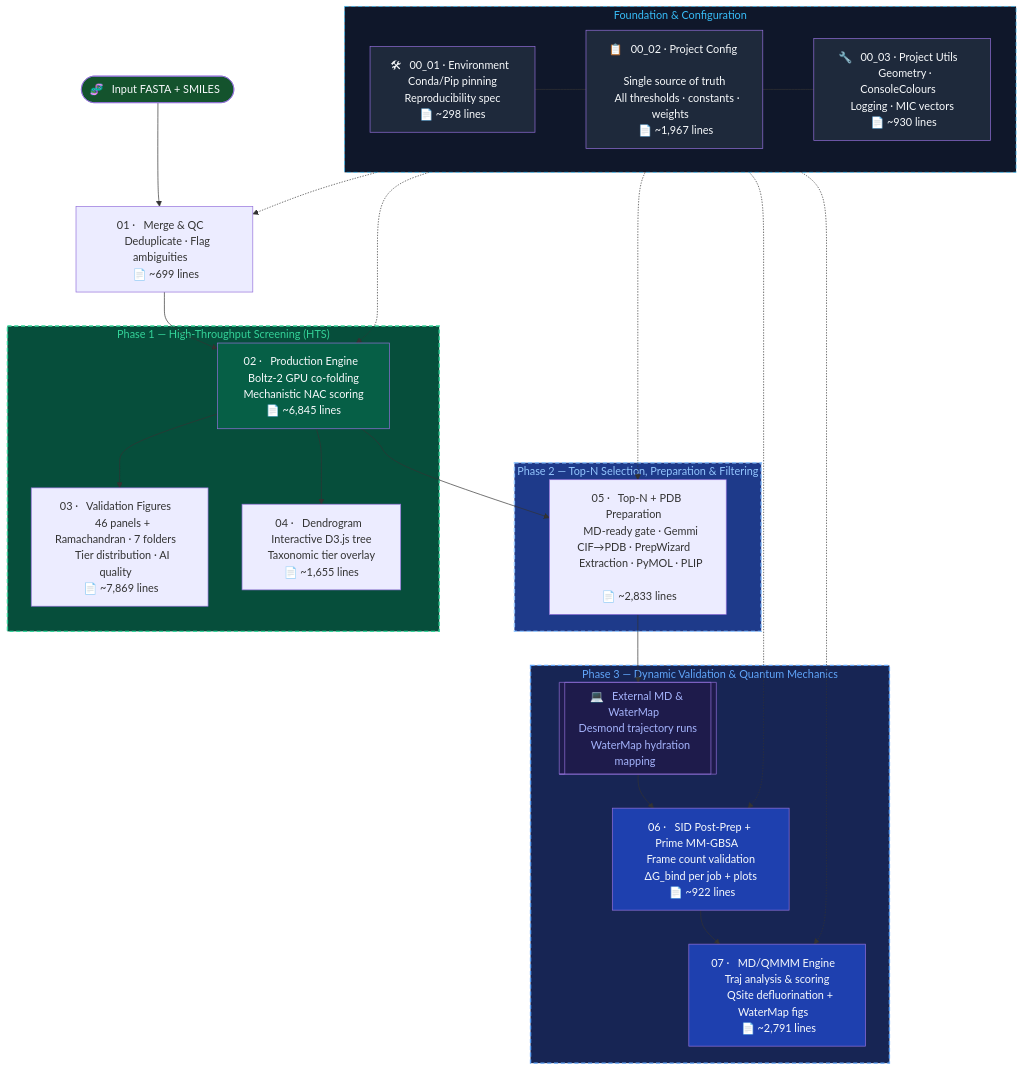
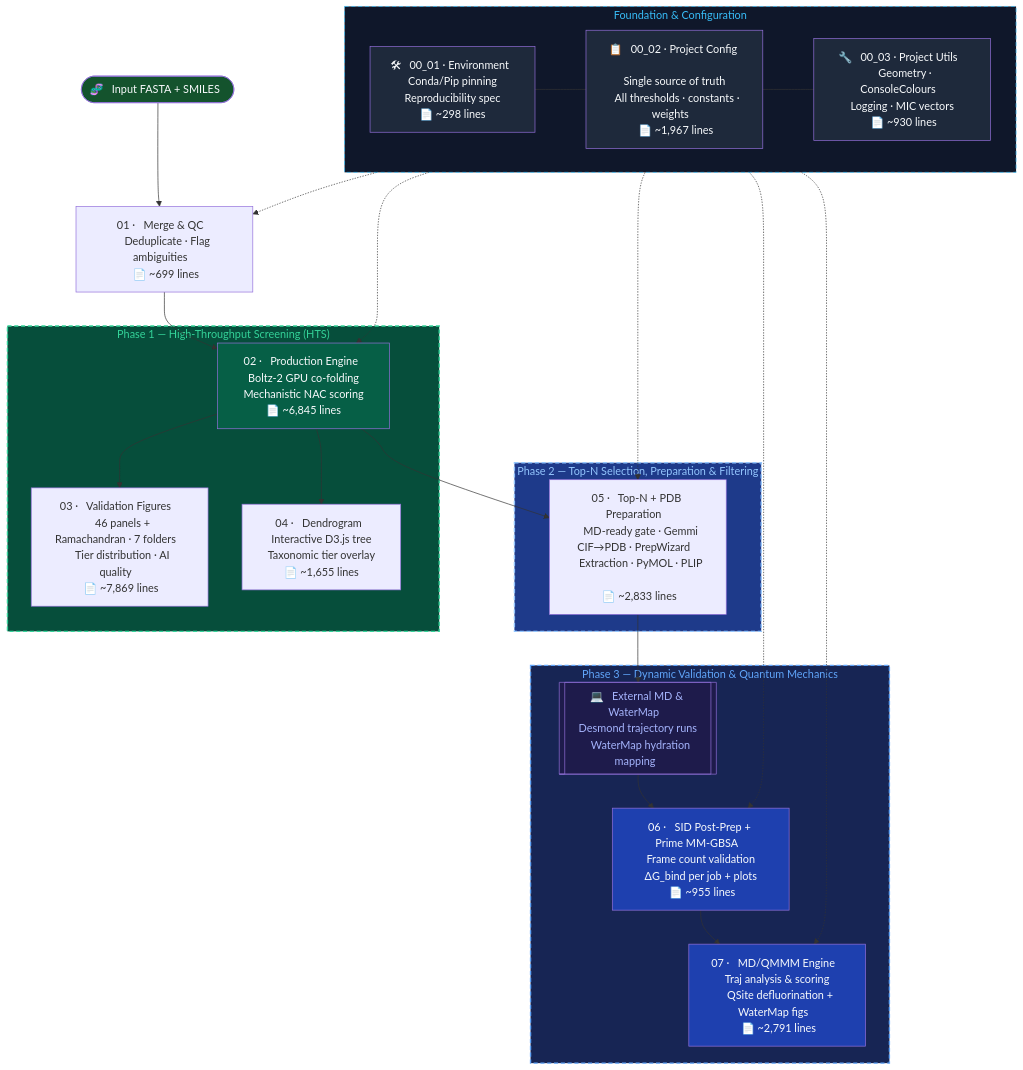
Before and after one commit to KU-MGB/DeFluorX: the diagram in README.md, drawn with Mermaid. The commit also changed 1 other file, not shown here.

Commit message:
feat: 06 phase-aware MM-GBSA heartbeat (reports Prime scoring phase, no longer frozen at 99%); sync README

````diff
--- a/README.md
+++ b/README.md
@@ -189,56 +189,56 @@
 ```mermaid
 flowchart TD
     subgraph FOUNDATION["  Foundation & Configuration  "]
         ENV["🛠 &nbsp; 00_01 · Environment &nbsp; \n &nbsp; Conda/Pip pinning &nbsp; \n &nbsp; Reproducibility spec &nbsp; \n &nbsp; 📄 ~298 lines &nbsp; "]
         CFG["📋 &nbsp; 00_02 · Project Config &nbsp; \n &nbsp; Single source of truth &nbsp; \n &nbsp; All thresholds · constants · weights &nbsp; \n &nbsp; 📄 ~1,967 lines &nbsp; "]
         UTL["🔧 &nbsp; 00_03 · Project Utils &nbsp; \n &nbsp; Geometry · ConsoleColours &nbsp; \n &nbsp; Logging · MIC vectors &nbsp; \n &nbsp; 📄 ~930 lines &nbsp; "]
         ENV --- CFG --- UTL
     end
 
     START([🧬 &nbsp; Input FASTA + SMILES &nbsp;]) --> M1
     M1["01 · &nbsp; Merge & QC &nbsp; \n &nbsp; Deduplicate · Flag ambiguities &nbsp; \n &nbsp; 📄 ~699 lines &nbsp; "] --> M2
 
     subgraph PHASE1["  Phase 1 — High-Throughput Screening (HTS)  "]
         M2["02 · &nbsp; Production Engine &nbsp; \n &nbsp; Boltz-2 GPU co-folding &nbsp; \n &nbsp; Mechanistic NAC scoring &nbsp; \n &nbsp; 📄 ~6,845 lines &nbsp; "]
         M3["03 · &nbsp; Validation Figures &nbsp; \n &nbsp; 46 panels + Ramachandran · 7 folders &nbsp; \n &nbsp; Tier distribution · AI quality &nbsp; \n &nbsp; 📄 ~7,869 lines &nbsp; "]
         M4["04 · &nbsp; Dendrogram &nbsp; \n &nbsp; Interactive D3.js tree &nbsp; \n &nbsp; Taxonomic tier overlay &nbsp; \n &nbsp; 📄 ~1,655 lines &nbsp; "]
         M2 --> M3
         M2 --> M4
     end
 
     M2 --> M5
 
     subgraph PHASE2["  Phase 2 — Top-N Selection, Preparation & Filtering  "]
         M5["05 · &nbsp; Top-N + PDB Preparation &nbsp; \n &nbsp; MD-ready gate · Gemmi CIF→PDB · PrepWizard &nbsp; \n &nbsp; Extraction · PyMOL · PLIP &nbsp; \n &nbsp; 📄 ~2,833 lines &nbsp; "]
     end
 
     M5 --> EXT_MD
 
     subgraph PHASE3["  Phase 3 — Dynamic Validation & Quantum Mechanics  "]
         EXT_MD[["💻 &nbsp; External MD & WaterMap &nbsp; \n &nbsp; Desmond trajectory runs &nbsp; \n &nbsp; WaterMap hydration mapping &nbsp;"]]
-        M6["06 · &nbsp; SID Post-Prep + Prime MM-GBSA &nbsp; \n &nbsp; Frame count validation &nbsp; \n &nbsp; ΔG_bind per job + plots &nbsp; \n &nbsp; 📄 ~922 lines &nbsp; "]
+        M6["06 · &nbsp; SID Post-Prep + Prime MM-GBSA &nbsp; \n &nbsp; Frame count validation &nbsp; \n &nbsp; ΔG_bind per job + plots &nbsp; \n &nbsp; 📄 ~955 lines &nbsp; "]
         M7["07 · &nbsp; MD/QMMM Engine &nbsp; \n &nbsp; Traj analysis & scoring &nbsp; \n &nbsp; QSite defluorination + WaterMap figs &nbsp; \n &nbsp; 📄 ~2,791 lines &nbsp; "]
         EXT_MD --> M6 --> M7
     end
 
     %% Dependencies
     FOUNDATION -.-> M1
     FOUNDATION -.-> M2
     FOUNDATION -.-> M5
     FOUNDATION -.-> M6
     FOUNDATION -.-> M7
 
     style FOUNDATION fill:#0f172a,color:#38bdf8,stroke:#38bdf8
     style CFG fill:#1e293b,color:#f8fafc
     style UTL fill:#1e293b,color:#f8fafc
     style ENV fill:#1e293b,color:#f8fafc
     style PHASE1 fill:#064e3b,color:#34d399,stroke:#34d399,stroke-width:2px,stroke-dasharray: 6 4
     style PHASE2 fill:#1e3a8a,color:#93c5fd,stroke:#93c5fd,stroke-width:2px,stroke-dasharray: 6 4
     style PHASE3 fill:#172554,color:#60a5fa,stroke:#60a5fa,stroke-width:2px,stroke-dasharray: 6 4
     style FOUNDATION stroke-dasharray: 6 4
     style M2 fill:#065f46,color:#f8fafc
     style M6 fill:#1e40af,color:#f8fafc
     style M7 fill:#1e40af,color:#f8fafc
     style START fill:#14532d,color:#f8fafc
     style EXT_MD fill:#1e1b4b,color:#a5b4fc
 ```
````
